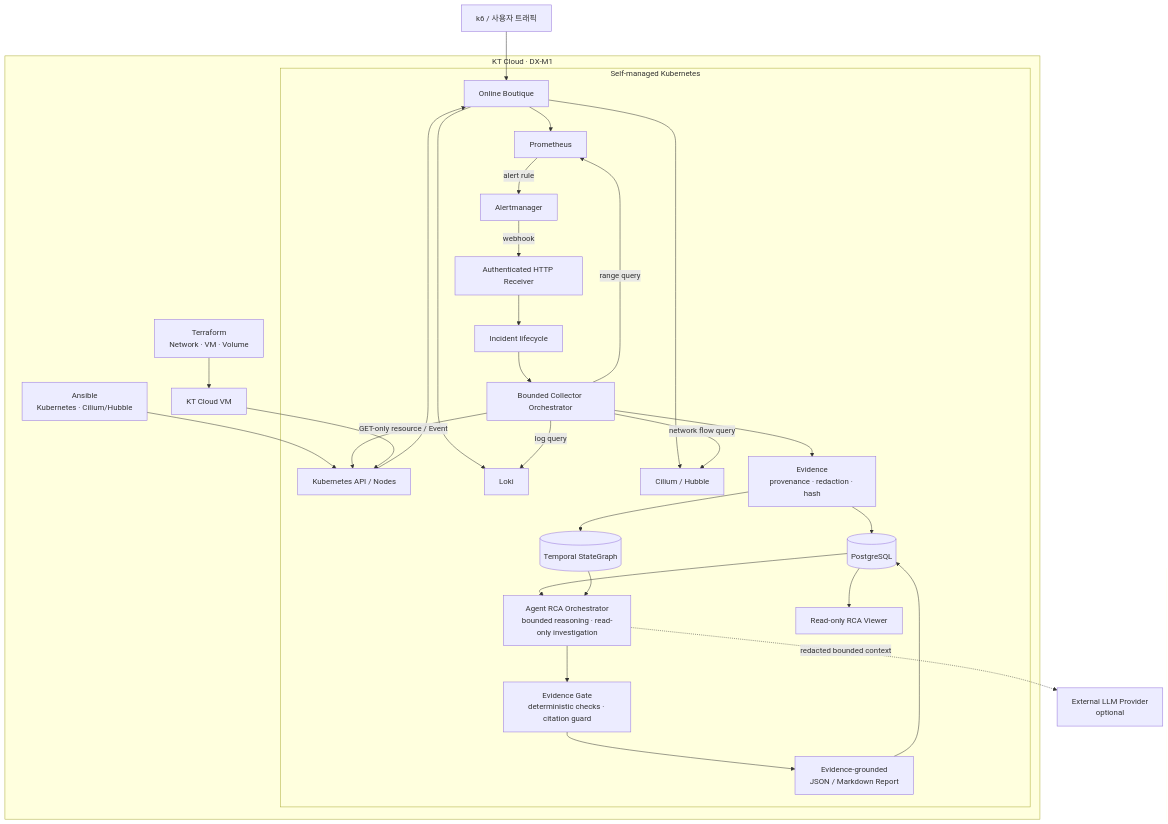
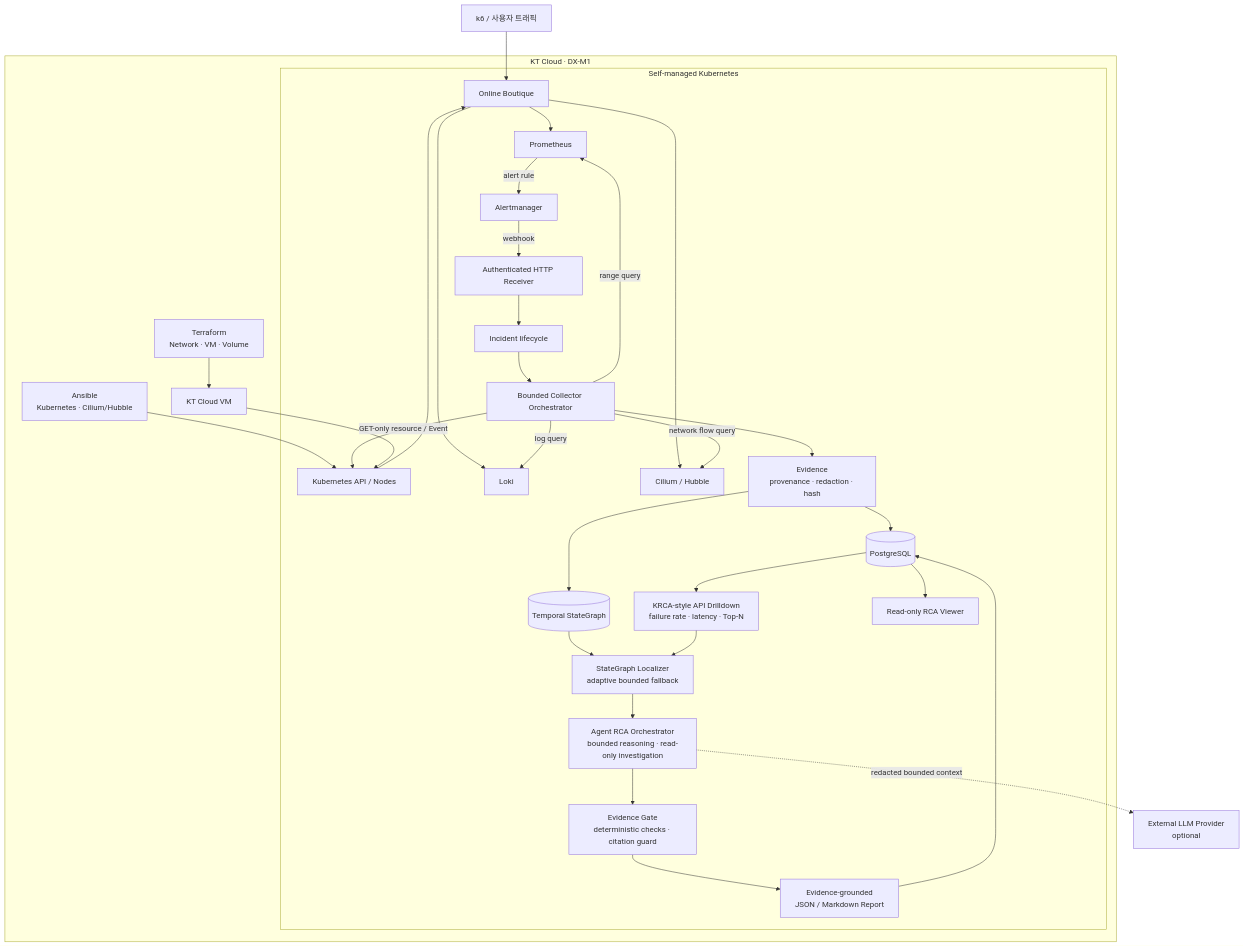
One commit to kyunghoon02/agent-RCA changed the diagram in README.md. Above: the diagram before and after it, drawn with Mermaid. The commit also changed other lines of this file and 8 other files, not shown here.

Commit message:
feat: add KRCA-first adaptive localization

````diff
--- a/README.md
+++ b/README.md
@@ -42,41 +42,43 @@
 ```mermaid
 flowchart TB
     USER["k6 / 사용자 트래픽"] --> APP
 
     subgraph KT["KT Cloud · DX-M1"]
         TF["Terraform<br/>Network · VM · Volume"] --> VM["KT Cloud VM"]
         AN["Ansible<br/>Kubernetes · Cilium/Hubble"] --> KAPI
 
         subgraph K8S["Self-managed Kubernetes"]
             KAPI["Kubernetes API / Nodes"] --> APP["Online Boutique"]
 
             APP --> P["Prometheus"]
             APP --> L["Loki"]
             APP --> H["Cilium / Hubble"]
             P -->|"alert rule"| AM["Alertmanager"]
 
             AM -->|"webhook"| RX["Authenticated HTTP Receiver"]
             RX --> INC["Incident lifecycle"]
             INC --> COL["Bounded Collector Orchestrator"]
 
             COL -->|"range query"| P
             COL -->|"log query"| L
             COL -->|"network flow query"| H
             COL -->|"GET-only resource / Event"| KAPI
             COL --> EV["Evidence<br/>provenance · redaction · hash"]
 
             EV --> PG[("PostgreSQL")]
             EV --> SG[("Temporal StateGraph")]
-            PG --> RCA["Agent RCA Orchestrator<br/>bounded reasoning · read-only investigation"]
-            SG --> RCA
+            PG --> KRCA["KRCA-style API Drilldown<br/>failure rate · latency · Top-N"]
+            SG --> LOC["StateGraph Localizer<br/>adaptive bounded fallback"]
+            KRCA --> LOC
+            LOC --> RCA["Agent RCA Orchestrator<br/>bounded reasoning · read-only investigation"]
             RCA --> GATE["Evidence Gate<br/>deterministic checks · citation guard"]
             GATE --> REPORT["Evidence-grounded<br/>JSON / Markdown Report"]
             REPORT --> PG
             PG --> VIEW["Read-only RCA Viewer"]
         end
 
         VM --> KAPI
     end
 
     RCA -.->|"redacted bounded context"| LLM["External LLM Provider<br/>optional"]
 ```
````
